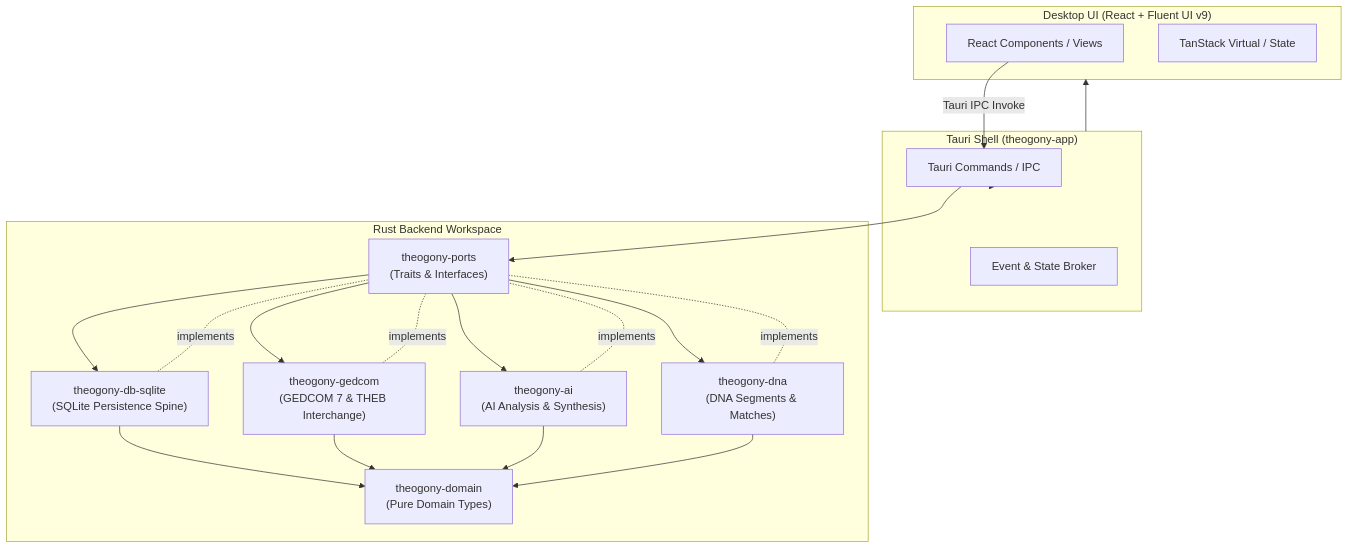
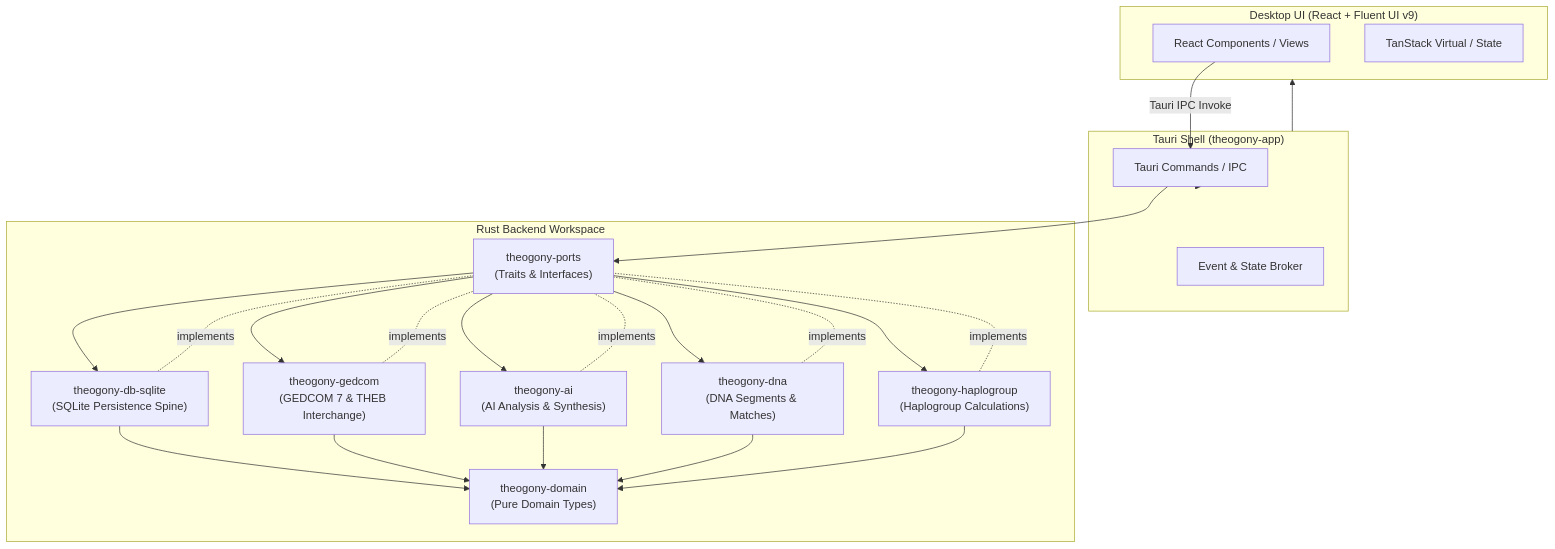
One commit to alerum68/Theogony changed the diagram in openwiki/architecture/system-overview.md. Above: the diagram before and after it, drawn with Mermaid. The commit also changed other lines of this file and 15 other files, not shown here.

````diff
--- a/openwiki/architecture/system-overview.md
+++ b/openwiki/architecture/system-overview.md
@@ -32,38 +35,42 @@
 ```mermaid
 graph TD
     subgraph UI ["Desktop UI (React + Fluent UI v9)"]
         React[React Components / Views]
         TanStack[TanStack Virtual / State]
     end
 
     subgraph Tauri ["Tauri Shell (theogony-app)"]
         Commands[Tauri Commands / IPC]
         Events[Event & State Broker]
     end
 
     subgraph Backend ["Rust Backend Workspace"]
         Ports["theogony-ports\n(Traits & Interfaces)"]
         Domain["theogony-domain\n(Pure Domain Types)"]
         DB["theogony-db-sqlite\n(SQLite Persistence Spine)"]
         Gedcom["theogony-gedcom\n(GEDCOM 7 & THEB Interchange)"]
         AI["theogony-ai\n(AI Analysis & Synthesis)"]
         DNA["theogony-dna\n(DNA Segments & Matches)"]
+        Haplogroup["theogony-haplogroup\n(Haplogroup Calculations)"]
     end
 
     React -->|Tauri IPC Invoke| Commands
     Commands --> Ports
     Ports --> DB
     Ports --> Gedcom
     Ports --> AI
     Ports --> DNA
+    Ports --> Haplogroup
     DB -. implements .- Ports
     Gedcom -. implements .- Ports
     AI -. implements .- Ports
     DNA -. implements .- Ports
+    Haplogroup -. implements .- Ports
     DB --> Domain
     Gedcom --> Domain
     AI --> Domain
     DNA --> Domain
+    Haplogroup --> Domain
     Commands --> Tauri
     Tauri --> UI
 ```
````
